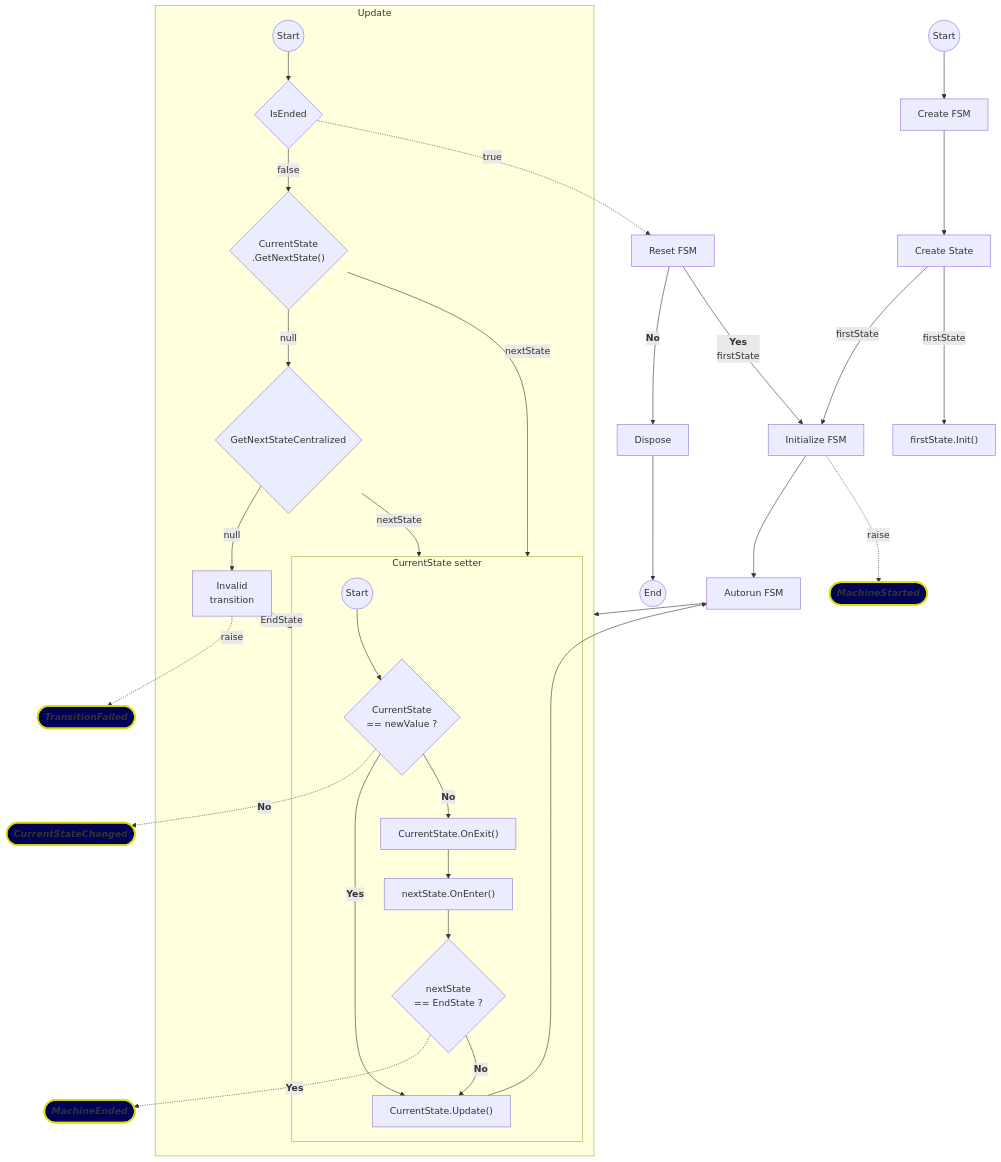
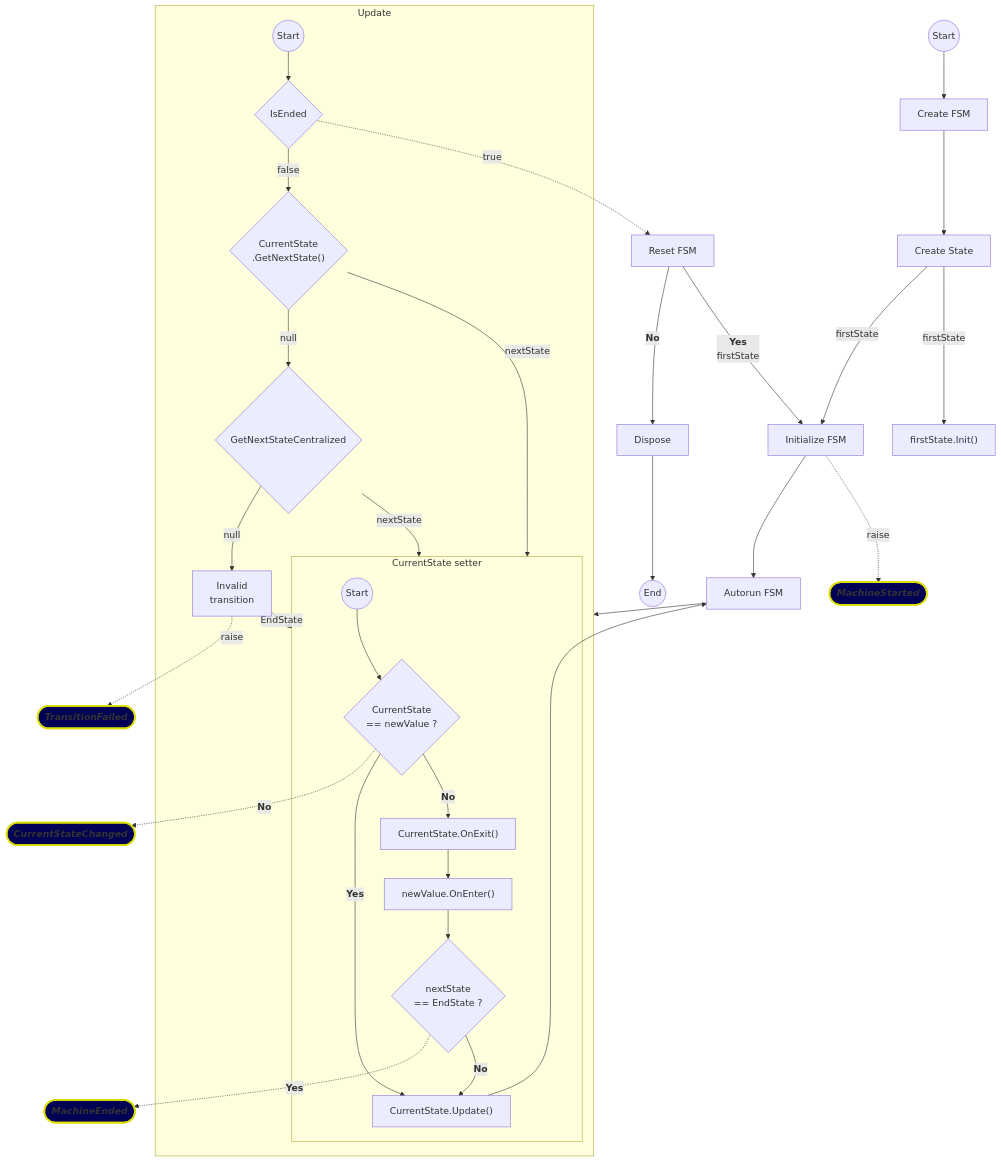
Diagram 11 of 12 in README.md (elTRexx/ReusableFiniteStateMachine), drawn with Mermaid before and after one commit. The commit also changed other lines of this file, not shown here.

````diff
--- a/README.md
+++ b/README.md
@@ -554,43 +554,43 @@
 ```mermaid
 flowchart TB
     classDef eventClass fill:#005,stroke:#dd0,stroke-width:3px
     MainStart@{ shape: circle, label: "Start" } --> CreateFSM["Create FSM"]    
 
     ChangeCurrentState{"CurrentState\n== newValue ?"} -. "`**No**`" .-> CurrentStateChanged(["`**_CurrentStateChanged_**`"]):::eventClass
     InvalidTransition["Invalid\ntransition"] -. raise .-> TransitionFailed(["`**_TransitionFailed_**`"]):::eventClass     
 
     CreateFSM --> CreateState["Create State"]    
     CreateState-- firstState --> Init["Initialize FSM"]
     CreateState-- firstState --> InitState["firstState.Init()"]
     Init --> AutorunFSM["Autorun FSM"]  
     Init -. raise .-> MachineStarted(["`**_MachineStarted_**`"]):::eventClass  
     ResetFSM -- "`**No**`" --> Dispose
     ResetFSM["Reset FSM"] -- "`**Yes**
     firstState`" --> Init    
     AutorunFSM --> Update    
 
     subgraph Update ["Update"]
     UpdateStart@{ shape: circle, label: "Start" } --> IsEnded
     IsEnded -- false --> NextStateDecentralized{"CurrentState\n.GetNextState()"}
     NextStateDecentralized -- null --> NextStateCentralized{"GetNextStateCentralized"}
     NextStateCentralized -- null -->  InvalidTransition
     InvalidTransition -- EndState --> CurrentStateSetter
     NextStateCentralized -- nextState --> CurrentStateSetter
     NextStateDecentralized -- nextState --> CurrentStateSetter   
     end    
 
     IsEnded{"IsEnded"} -. true .-> ResetFSM
     NextIsEnd{"nextState\n== EndState ?"} -. "`**Yes**`" .-> MachineEnded(["`**_MachineEnded_**`"]):::eventClass
 
     subgraph CurrentStateSetter["CurrentState setter"]
     SetterStart@{ shape: circle, label: "Start" } --> ChangeCurrentState
     NextIsEnd -- "`**No**`" --> CurrentStateUpdate
-    CurrentStateExit --> NextStateEnter["nextState.OnEnter()"]
+    CurrentStateExit --> NextStateEnter["newValue.OnEnter()"]
     NextStateEnter --> NextIsEnd
     ChangeCurrentState -- "`**Yes**`" --> CurrentStateUpdate["CurrentState.Update()"]
     ChangeCurrentState -- "`**No**`" --> CurrentStateExit["CurrentState.OnExit()"]    
     end    
 
     CurrentStateUpdate --> AutorunFSM
     Dispose --> End@{ shape: circle, label: "End" }
 ```
````
